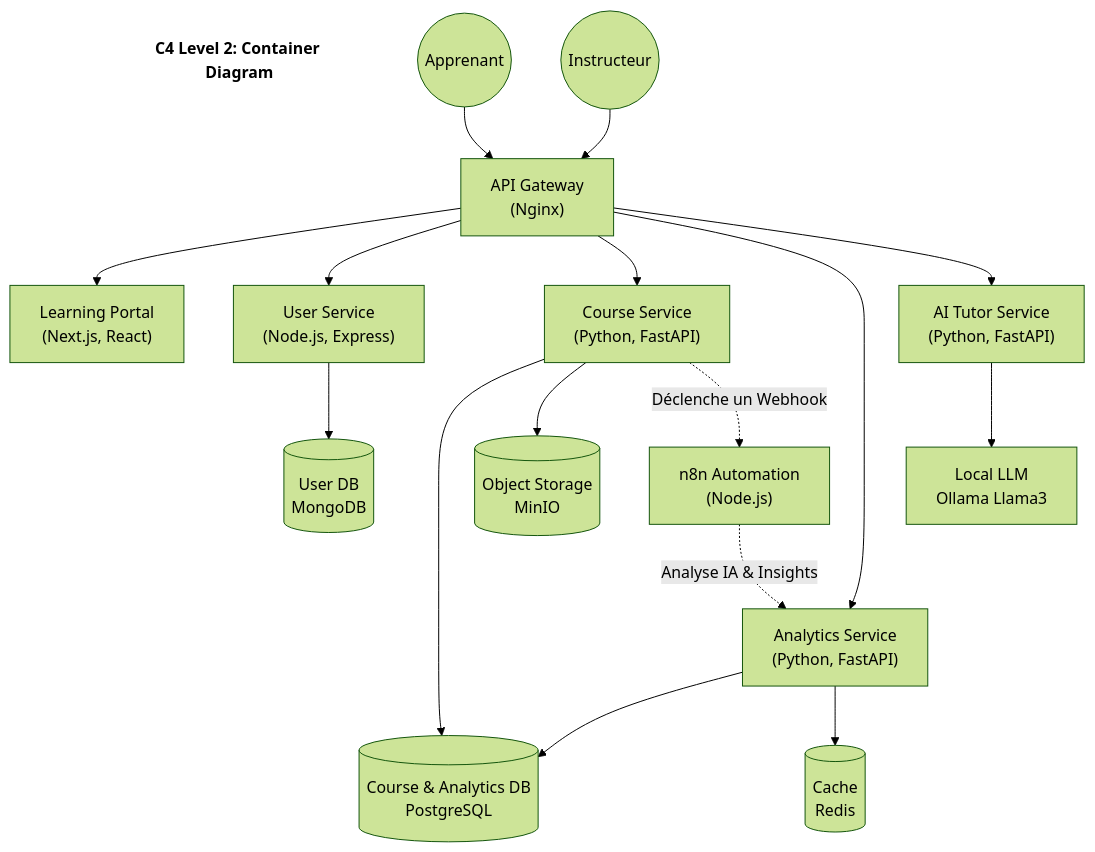
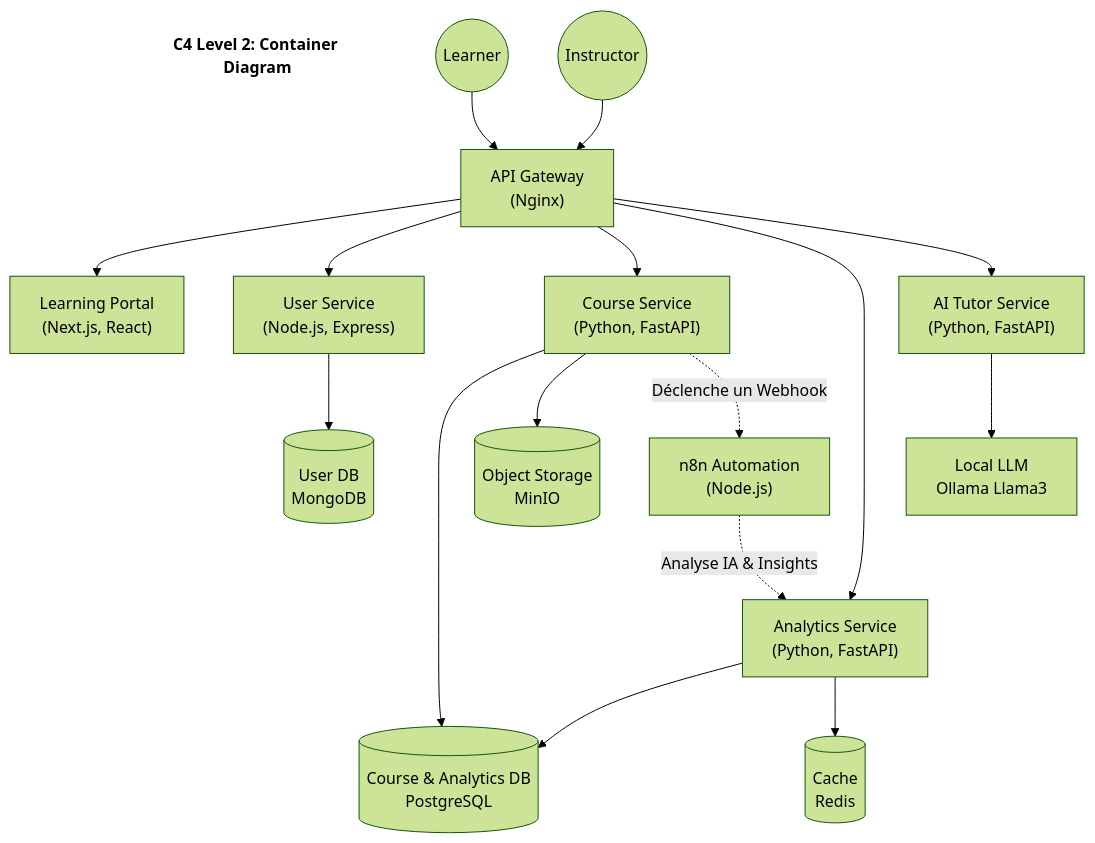
One commit to Sen-Se1/elearning-microservice-platform changed the second of 10 diagrams in architecture.md. Above: the diagram before and after it, drawn with Mermaid (forest theme). The commit also changed other lines of this file, not shown here.

Commit message:
docs: localize architecture terminology to English and refine Use Case diagrams

````diff
--- a/architecture.md
+++ b/architecture.md
@@ -29,42 +29,42 @@
 ```mermaid
 flowchart TD
     title["C4 Level 2: Container Diagram"]
     style title fill:none,stroke:none,font-weight:bold,font-size:16px
 
-    Student((Apprenant))
-    Instructor((Instructeur))
+    Learner((Learner))
+    Instructor((Instructor))
 
     Gateway["API Gateway<br/>(Nginx)"]
     Frontend["Learning Portal<br/>(Next.js, React)"]
     
     UserSvc["User Service<br/>(Node.js, Express)"]
     CourseSvc["Course Service<br/>(Python, FastAPI)"]
     AnalyticsSvc["Analytics Service<br/>(Python, FastAPI)"]
     AITutorSvc["AI Tutor Service<br/>(Python, FastAPI)"]
     n8n["n8n Automation<br/>(Node.js)"]
     
     DB_User[("User DB<br/>MongoDB")]
     DB_Course[("Course & Analytics DB<br/>PostgreSQL")]
     Cache_Redis[("Cache<br/>Redis")]
     Storage[("Object Storage<br/>MinIO")]
     Ollama["Local LLM<br/>Ollama Llama3"]
 
-    Student --> Gateway
+    Learner --> Gateway
     Instructor --> Gateway
     
     Gateway --> Frontend
     Gateway --> UserSvc
     Gateway --> CourseSvc
     Gateway --> AnalyticsSvc
     Gateway --> AITutorSvc
     
     UserSvc --> DB_User
     CourseSvc --> DB_Course
     CourseSvc --> Storage
     AnalyticsSvc --> DB_Course
     AnalyticsSvc --> Cache_Redis
     AITutorSvc --> Ollama
     
     CourseSvc -.->|Déclenche un Webhook| n8n
     n8n -.->|Analyse IA & Insights| AnalyticsSvc
 ```
````
